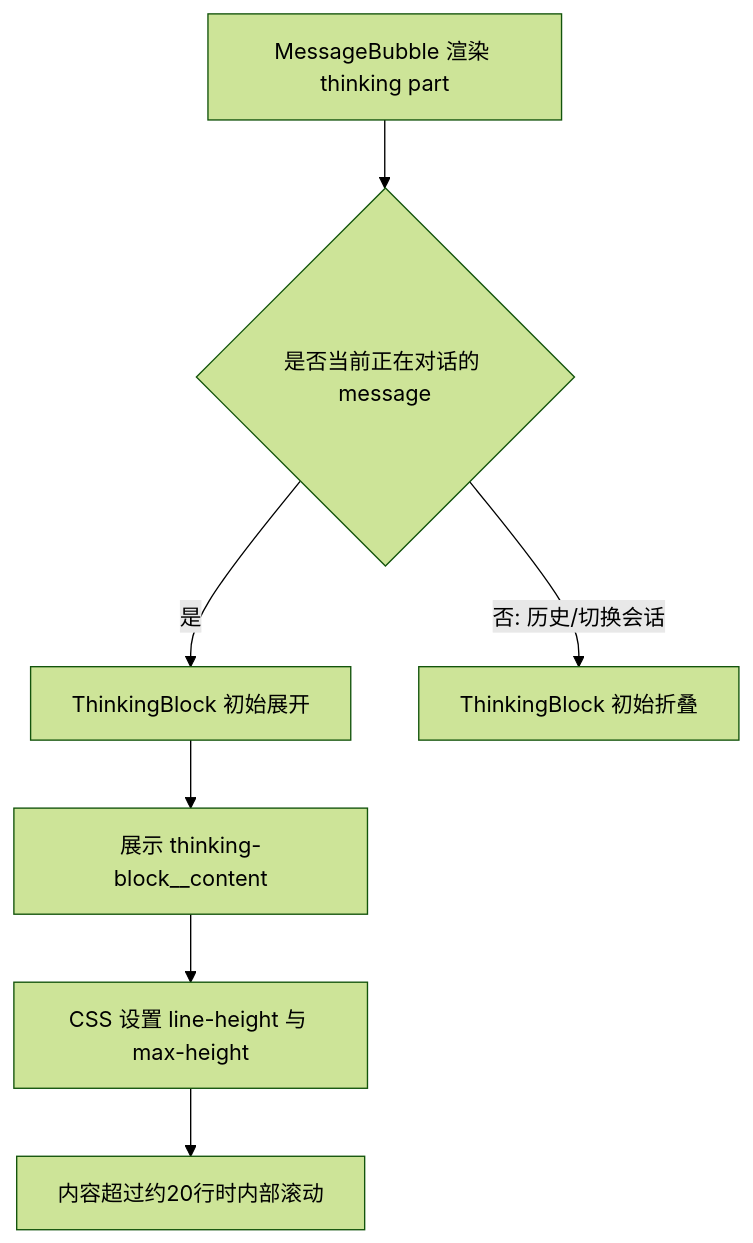
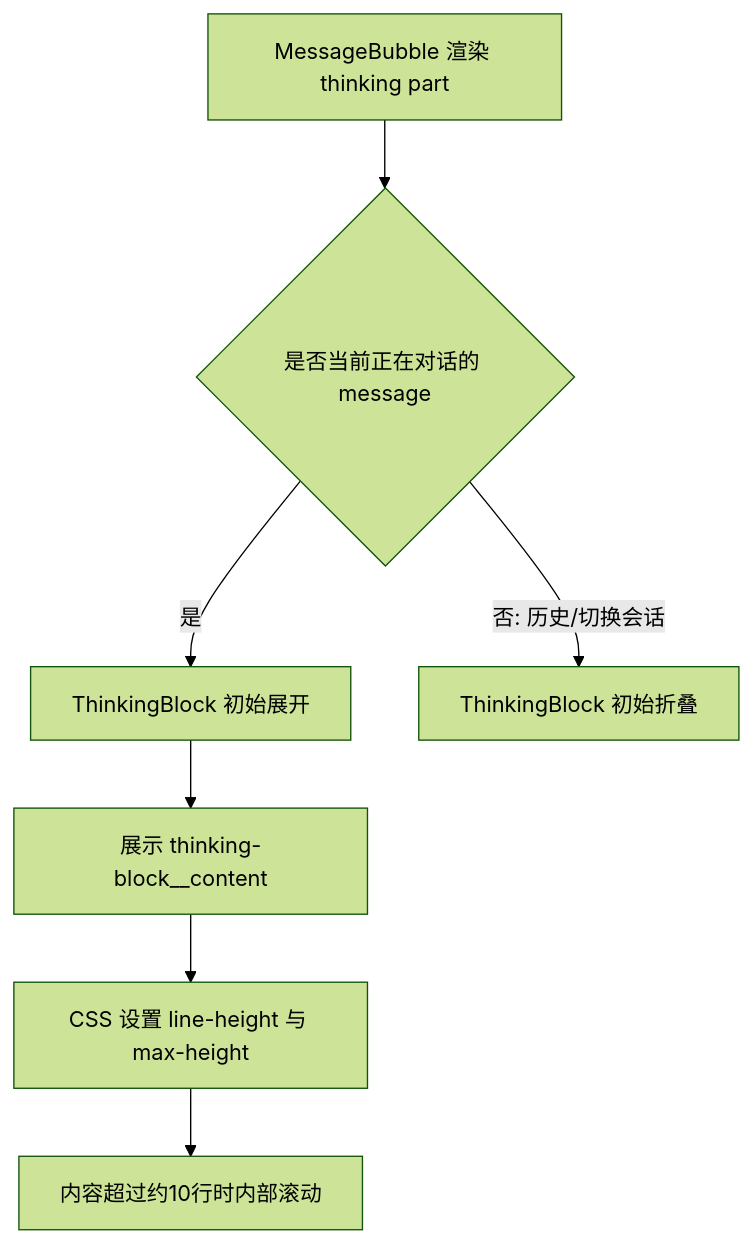
One commit to Abelsjcheng/skillSDK changed the first of 3 diagrams in ai-chat-viewer/docs/plans/2026-06-11-agent-cui-thinking-block-height-plan.md. Above: the diagram before and after it, drawn with Mermaid (forest theme). The commit also changed other lines of this file and 1 other file, not shown here.

````diff
--- a/ai-chat-viewer/docs/plans/2026-06-11-agent-cui-thinking-block-height-plan.md
+++ b/ai-chat-viewer/docs/plans/2026-06-11-agent-cui-thinking-block-height-plan.md
@@ -38,9 +38,9 @@
 ```mermaid
 flowchart TD
     A["MessageBubble 渲染 thinking part"] --> B{"是否当前正在对话的 message"}
     B -- "是" --> C["ThinkingBlock 初始展开"]
     B -- "否: 历史/切换会话" --> D["ThinkingBlock 初始折叠"]
     C --> E["展示 thinking-block__content"]
     E --> F["CSS 设置 line-height 与 max-height"]
-    F --> G["内容超过约20行时内部滚动"]
+    F --> G["内容超过约10行时内部滚动"]
 ```
````
